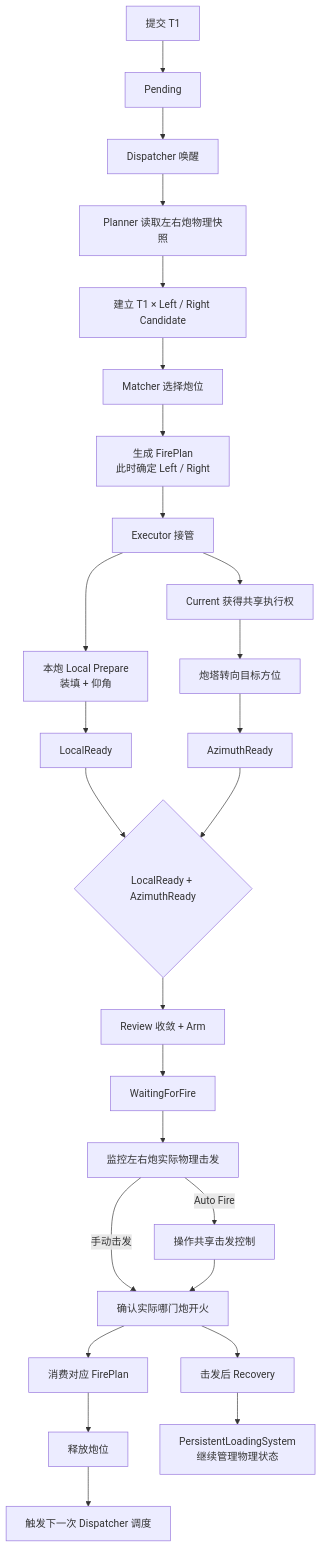
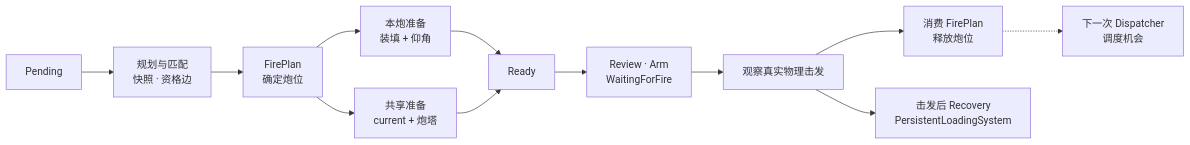
Before and after one commit to HisenWeb/IronNestFCS: the second of 3 diagrams in README.zh-CN.md, drawn with Mermaid. The commit also changed other lines of this file, not shown here.

Commit message:
docs: sync Chinese mission lifecycle diagrams

````diff
--- a/README.zh-CN.md
+++ b/README.zh-CN.md
@@ -224,34 +224,16 @@
 ```mermaid
-flowchart TD
-    A["提交 T1"] --> B["Pending"]
-    B --> C["Dispatcher 唤醒"]
-    C --> D["Planner 读取左右炮物理快照"]
-    D --> E["建立 T1 × Left / Right Candidate"]
-    E --> F["Matcher 选择炮位"]
-    F --> G["生成 FirePlan<br/>此时确定 Left / Right"]
-    G --> H["Executor 接管"]
+flowchart LR
+    A["Pending"] --> B["规划与匹配<br/>快照 · 资格边"]
+    B --> C["FirePlan<br/>确定炮位"]
 
-    H --> I["本炮 Local Prepare<br/>装填 + 仰角"]
-    H --> J["Current 获得共享执行权"]
-    J --> K["炮塔转向目标方位"]
+    C --> D["本炮准备<br/>装填 + 仰角"]
+    C --> E["共享准备<br/>current + 炮塔"]
+    D --> F["Ready"]
+    E --> F
 
-    I --> L["LocalReady"]
-    K --> M["AzimuthReady"]
-    L --> N{"LocalReady + AzimuthReady"}
-    M --> N
-
-    N --> O["Review 收敛 + Arm"]
-    O --> P["WaitingForFire"]
-    P --> Q["监控左右炮实际物理击发"]
-
-    Q -->|"手动击发"| R["确认实际哪门炮开火"]
-    Q -->|"Auto Fire"| S["操作共享击发控制"]
-    S --> R
-
-    R --> T["消费对应 FirePlan"]
-    T --> U["释放炮位"]
-    U --> V["触发下一次 Dispatcher 调度"]
-
-    R --> W["击发后 Recovery"]
-    W --> X["PersistentLoadingSystem<br/>继续管理物理状态"]
+    F --> G["Review · Arm<br/>WaitingForFire"]
+    G --> H["观察真实物理击发"]
+    H --> I["消费 FirePlan<br/>释放炮位"]
+    H --> J["击发后 Recovery<br/>PersistentLoadingSystem"]
+    I -.-> K["下一次 Dispatcher<br/>调度机会"]
 ```
````
